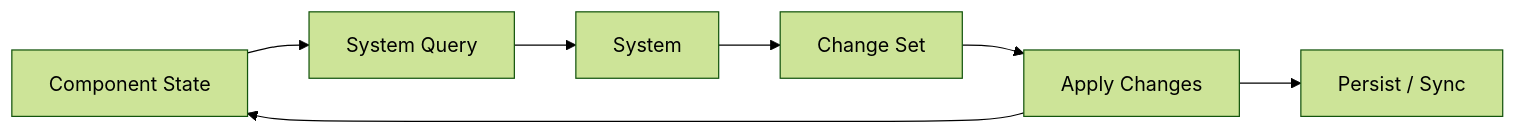
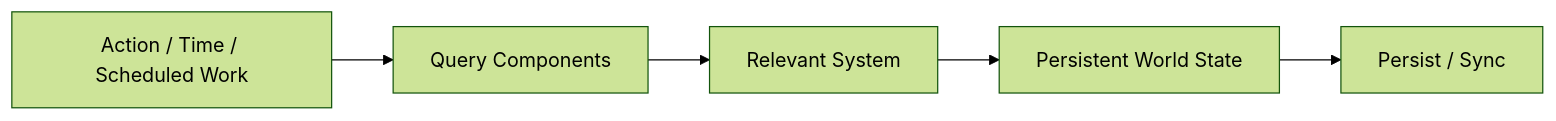
The diagram in architecture/simulation-model.md (Ri0n72Y/idea-slime-bar), drawn with Mermaid (forest theme) before and after one commit. The commit also changed other lines of this file, not shown here.

Commit message:
docs: narrow simulation model to server world systems

````diff
--- a/architecture/simulation-model.md
+++ b/architecture/simulation-model.md
@@ -11,16 +39,13 @@
 ```mermaid
 flowchart LR
-    State[Component State]
-    Query[System Query]
-    System[System]
-    Changes[Change Set]
-    Apply[Apply Changes]
+    Trigger[Action / Time / Scheduled Work]
+    Query[Query Components]
+    System[Relevant System]
+    State[Persistent World State]
     Sync[Persist / Sync]
 
-    State --> Query
+    Trigger --> Query
     Query --> System
-    System --> Changes
-    Changes --> Apply
-    Apply --> State
-    Apply --> Sync
+    System --> State
+    State --> Sync
 ```
````
